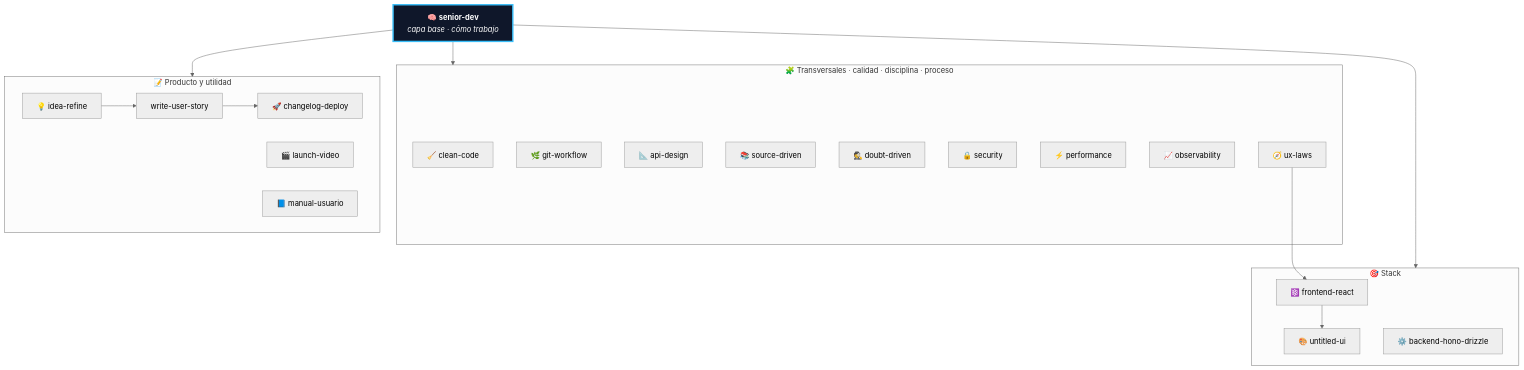
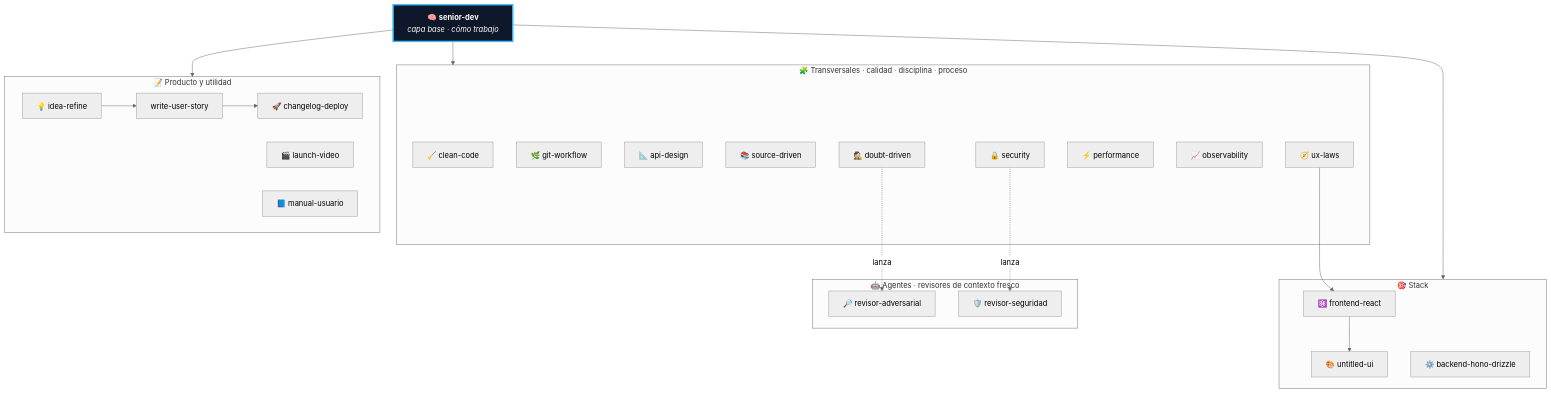
Before and after one commit to ErickEcheverria/eecheverria-skills: the diagram in README.md, drawn with Mermaid (neutral theme). The commit also changed other lines of this file, not shown here.

First line of the commit message:
docs(readme): documenta los agentes del plugin

````diff
--- a/README.md
+++ b/README.md
@@ -22,40 +22,47 @@
 ```mermaid
 flowchart TD
     SD["🧠 <b>senior-dev</b><br/><i>capa base · cómo trabajo</i>"]:::base
 
     subgraph T["🧩 Transversales · calidad · disciplina · proceso"]
         CC["🧹 clean-code"]
         GW["🌿 git-workflow"]
         AD["📐 api-design"]
         SR["📚 source-driven"]
         DD["🕵️ doubt-driven"]
         SEC["🔒 security"]
         PERF["⚡ performance"]
         OBS["📈 observability"]
         UXL["🧭 ux-laws"]
     end
 
     subgraph S["🎯 Stack"]
         RE["⚛️ frontend-react"]
         UUI["🎨 untitled-ui"]
         HN["⚙️ backend-hono-drizzle"]
         RE --> UUI
     end
 
     subgraph U["📝 Producto y utilidad"]
         IR["💡 idea-refine"]
         US["write-user-story"]
         CD["🚀 changelog-deploy"]
         LV["🎬 launch-video"]
         MU["📘 manual-usuario"]
         IR --> US
         US --> CD
     end
 
+    subgraph A["🤖 Agentes · revisores de contexto fresco"]
+        RA["🔎 revisor-adversarial"]
+        RS["🛡️ revisor-seguridad"]
+    end
+
     SD --> T
     SD --> S
     SD --> U
     UXL --> RE
+    DD -. lanza .-> RA
+    SEC -. lanza .-> RS
 
     classDef base fill:#0f172a,stroke:#38bdf8,stroke-width:3px,color:#fff;
 ```
````
